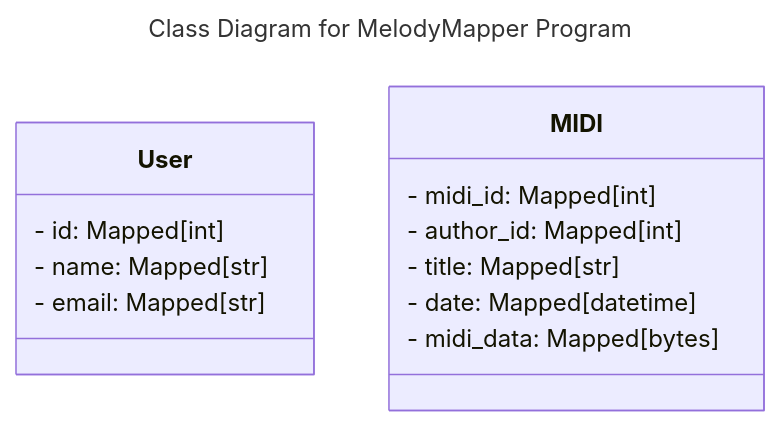
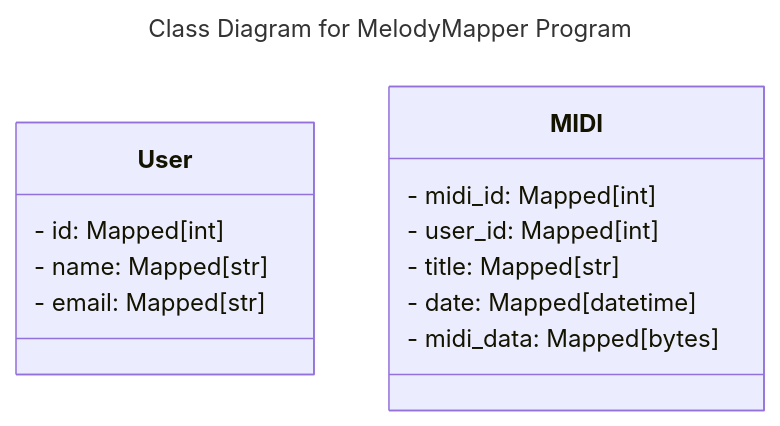
Before and after one commit to bengoh815/cs506-project: the third of 6 diagrams in README.md, drawn with Mermaid. The commit also changed other lines of this file and 2 other files, not shown here.

Commit message:
Updated author_id to user_id

````diff
--- a/README.md
+++ b/README.md
@@ -130,20 +130,20 @@
 ```mermaid
 ---
 ---
 title: Class Diagram for MelodyMapper Program
 ---
 classDiagram
     class User {
         - id: Mapped[int]
         - name: Mapped[str]
         - email: Mapped[str]
     }
 
     class MIDI {
         - midi_id: Mapped[int]
-        - author_id: Mapped[int]
+        - user_id: Mapped[int]
         - title: Mapped[str]
         - date: Mapped[datetime]
         - midi_data: Mapped[bytes]
     }
 ```
````
